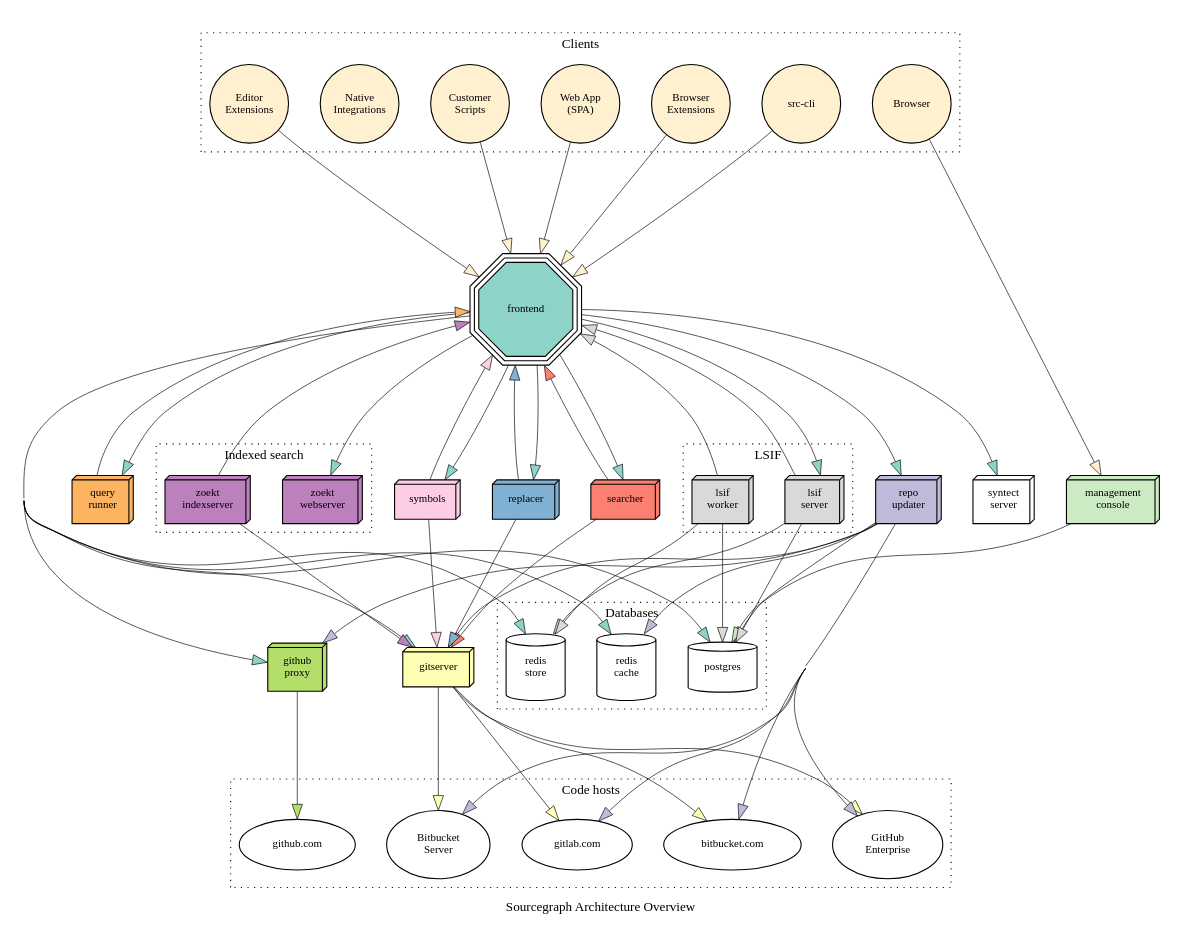
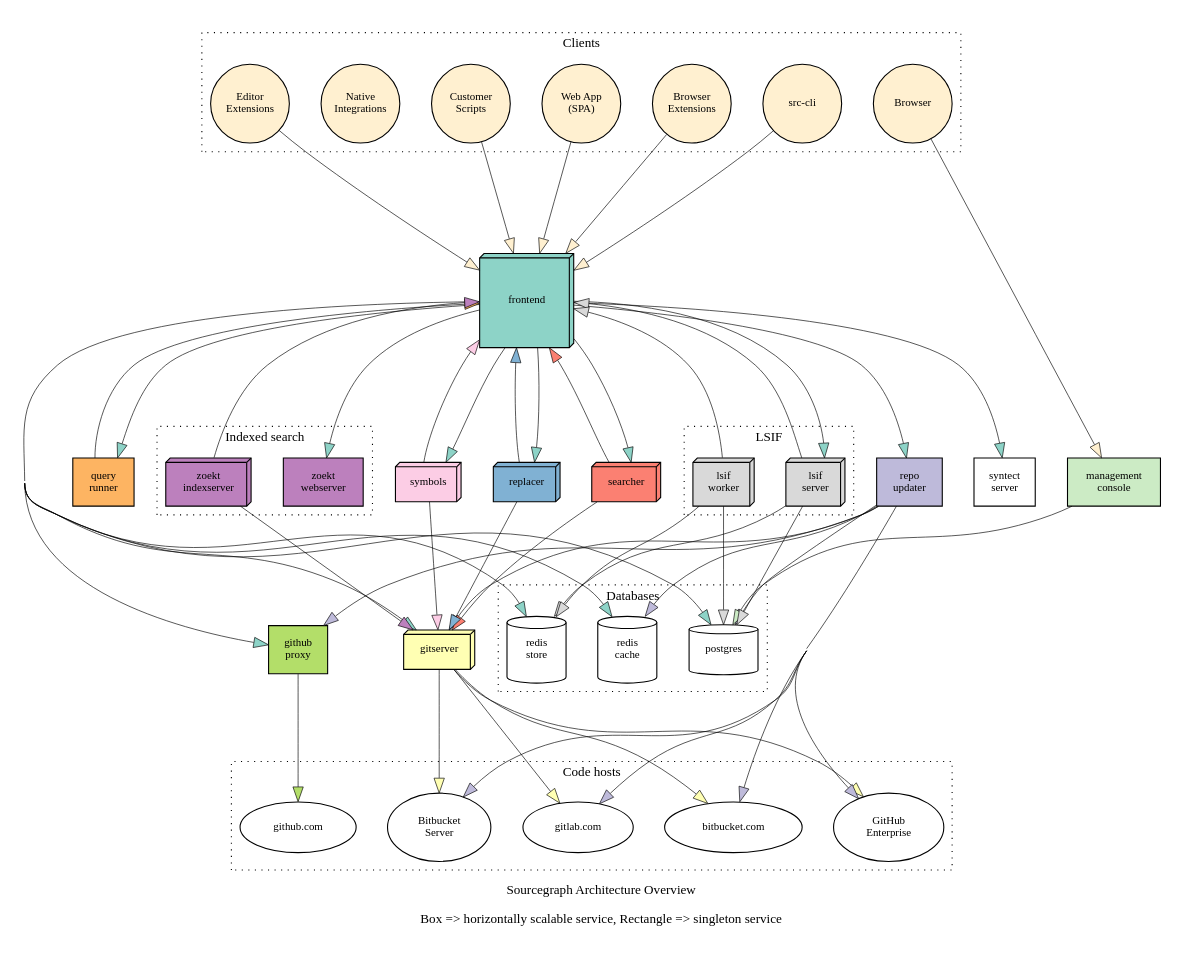
Before and after one commit to sourcegraph/sourcegraph-public-snapshot: the diagram in doc/dev/architecture/architecture.dot, drawn with Graphviz. The commit also changed 1 other file, not shown here.

Commit message:
fixup! Horizontally scalable dimension

```diff
--- a/doc/dev/architecture/architecture.dot
+++ b/doc/dev/architecture/architecture.dot
@@ -1,5 +1,5 @@
 digraph architecture {
-    label="Sourcegraph Architecture Overview"
+    label="Sourcegraph Architecture Overview\n\nBox => horizontally scalable service, Rectangle => singleton service"
     rankdir=TD
     ratio=fill
     concentrate=true
@@ -16,7 +16,7 @@
         colorscheme="set312"
         style="filled"
         fillcolor="white"
-        shape="box3d"
+        shape="rectangle"
         fontname="Iosevka"
         fontsize=10
         margin=0.15
@@ -33,7 +33,7 @@
         fixedsize=true
         width=1.2
         height=1.2
-        shape="tripleoctagon"
+        shape="box3d"
         label="frontend"
         fillcolor="1"
         URL="https://github.com/sourcegraph/sourcegraph/tree/master/cmd/frontend"
@@ -45,6 +45,7 @@
         gitserver [
             label="gitserver"
             fillcolor="2"
+            shape="box3d"
             URL="https://github.com/sourcegraph/sourcegraph/tree/master/cmd/gitserver"
         ]
         repo_updater [
@@ -55,11 +56,13 @@
         searcher [
             label="searcher"
             fillcolor="4"
+            shape="box3d"
             URL="https://github.com/sourcegraph/sourcegraph/tree/master/cmd/searcher"
         ]
         replacer [
             label="replacer"
             fillcolor="5"
+            shape="box3d"
             URL="https://github.com/sourcegraph/sourcegraph/tree/master/cmd/replacer"
         ]
         query_runner [
@@ -84,6 +87,7 @@
         symbols [
             label="symbols"
             fillcolor="8"
+            shape="box3d"
             URL="https://github.com/sourcegraph/sourcegraph/tree/master/cmd/symbols"
         ]
 
@@ -91,10 +95,19 @@
             label="LSIF"
             rank="same"
             graph [style="dotted"]
-            node [fillcolor="9"]
+            node [
+                fillcolor="9"
+                shape="box3d"
+            ]
 
-            lsif_server [label="lsif\nserver" URL="https://github.com/sourcegraph/sourcegraph/tree/master/lsif/src/server"]
-            lsif_worker [label="lsif\nworker" URL="https://github.com/sourcegraph/sourcegraph/tree/master/lsif/src/worker"]
+            lsif_server [
+                label="lsif\nserver"
+                URL="https://github.com/sourcegraph/sourcegraph/tree/master/lsif/src/server"
+            ]
+            lsif_worker [
+                label="lsif\nworker"
+                URL="https://github.com/sourcegraph/sourcegraph/tree/master/lsif/src/worker"
+            ]
         }
 
         subgraph cluster_zoekt {
@@ -109,6 +122,7 @@
             ]
             zoekt_indexserver [
                 label="zoekt\nindexserver"
+                shape="box3d"
                 URL="https://github.com/sourcegraph/zoekt/tree/master/cmd/zoekt-sourcegraph-indexserver"
             ]
         }
```
